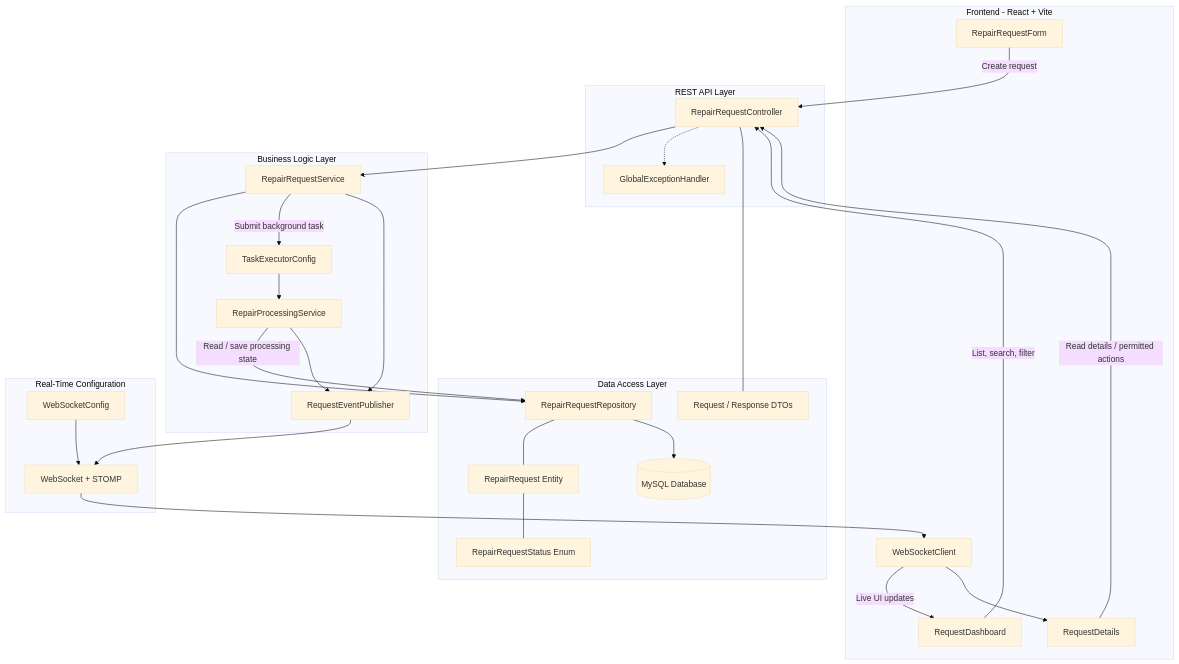
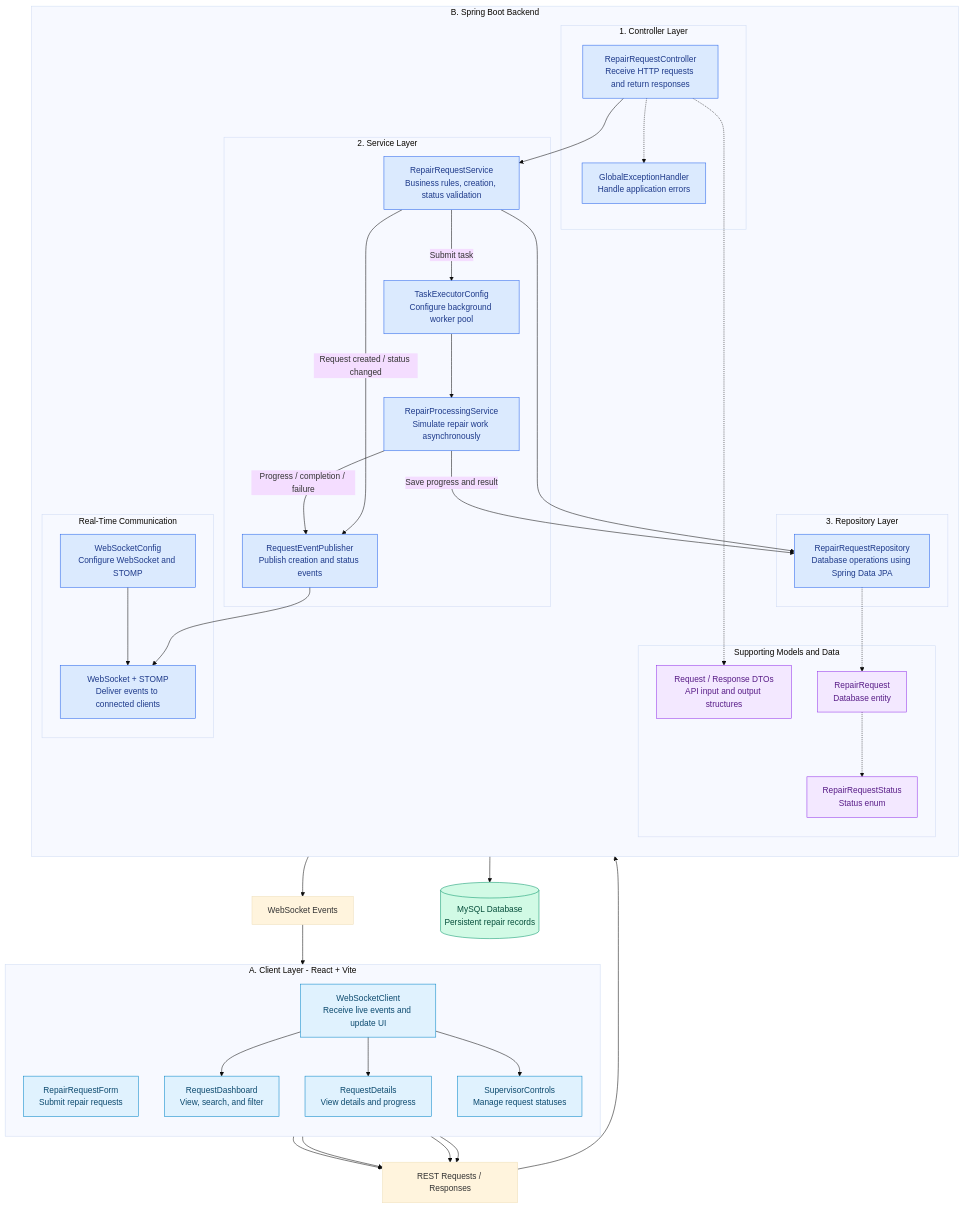
The second of 2 diagrams in docs/architecture.md (khanraisul357/real-time-service-request-management-system__Technohaven-Company-Ltd.), drawn with Mermaid (base theme) before and after one commit.

````diff
--- a/docs/architecture.md
+++ b/docs/architecture.md
@@ -60,59 +60,93 @@
 ```mermaid
+
 flowchart TB
-    subgraph FRONTEND["Frontend - React + Vite"]
-        FORM["RepairRequestForm"]
-        DASH["RequestDashboard"]
-        DETAILS["RequestDetails"]
-        WSCLIENT["WebSocketClient"]
+    %% A. Client Layer
+    subgraph CLIENT["A. Client Layer - React + Vite"]
+        direction TB
+        FORM["RepairRequestForm<br/>Submit repair requests"]
+        DASH["RequestDashboard<br/>View, search, and filter"]
+        DETAILS["RequestDetails<br/>View details and progress"]
+        CONTROLS["SupervisorControls<br/>Manage request statuses"]
+        WSCLIENT["WebSocketClient<br/>Receive live events and update UI"]
     end
 
-    subgraph API_LAYER["REST API Layer"]
-        CTRL["RepairRequestController"]
-        EXCEPTION["GlobalExceptionHandler"]
+    %% Communication
+    REST["REST Requests / Responses"]
+    WSCONN["WebSocket Events"]
+
+    %% B. Spring Boot Backend
+    subgraph BACKEND["B. Spring Boot Backend"]
+        direction TB
+
+        subgraph CONTROLLER_LAYER["1. Controller Layer"]
+            CTRL["RepairRequestController<br/>Receive HTTP requests and return responses"]
+            ERROR["GlobalExceptionHandler<br/>Handle application errors"]
+        end
+
+        subgraph SERVICE_LAYER["2. Service Layer"]
+            SERVICE["RepairRequestService<br/>Business rules, creation, status validation"]
+            PROCESSOR["RepairProcessingService<br/>Simulate repair work asynchronously"]
+            EXECUTOR["TaskExecutorConfig<br/>Configure background worker pool"]
+            PUBLISHER["RequestEventPublisher<br/>Publish creation and status events"]
+        end
+
+        subgraph REPOSITORY_LAYER["3. Repository Layer"]
+            REPO["RepairRequestRepository<br/>Database operations using Spring Data JPA"]
+        end
+
+        subgraph SUPPORT["Supporting Models and Data"]
+            ENTITY["RepairRequest<br/>Database entity"]
+            STATUS["RepairRequestStatus<br/>Status enum"]
+            DTO["Request / Response DTOs<br/>API input and output structures"]
+        end
+
+        subgraph REALTIME["Real-Time Communication"]
+            WSCONFIG["WebSocketConfig<br/>Configure WebSocket and STOMP"]
+            STOMP["WebSocket + STOMP<br/>Deliver events to connected clients"]
+        end
     end
 
-    subgraph BUSINESS_LAYER["Business Logic Layer"]
-        SERVICE["RepairRequestService"]
-        PROCESSOR["RepairProcessingService"]
-        EXECUTOR["TaskExecutorConfig"]
-        PUBLISHER["RequestEventPublisher"]
-    end
+    %% Database
+    DB[("MySQL Database<br/>Persistent repair records")]
 
-    subgraph DATA_LAYER["Data Access Layer"]
-        REPO["RepairRequestRepository"]
-        ENTITY["RepairRequest Entity"]
-        STATUS["RepairRequestStatus Enum"]
-        DTO["Request / Response DTOs"]
-        DB[("MySQL Database")]
-    end
+    %% REST flow
+    FORM --> REST
+    DASH --> REST
+    DETAILS --> REST
+    CONTROLS --> REST
+    REST --> CTRL
+    CTRL --> SERVICE
+    CTRL -.-> ERROR
+    CTRL -.-> DTO
+    SERVICE --> REPO
+    REPO --> DB
+    REPO -.-> ENTITY
+    ENTITY -.-> STATUS
 
-    subgraph REALTIME["Real-Time Configuration"]
-        WSCONFIG["WebSocketConfig"]
-        STOMP["WebSocket + STOMP"]
-    end
+    %% Background processing
+    SERVICE -->|"Submit task"| EXECUTOR
+    EXECUTOR --> PROCESSOR
+    PROCESSOR -->|"Save progress and result"| REPO
 
-    FORM -->|"Create request"| CTRL
-    DASH -->|"List, search, filter"| CTRL
-    DETAILS -->|"Read details / permitted actions"| CTRL
-
-    CTRL --> SERVICE
-    CTRL -.-> EXCEPTION
-    SERVICE --> REPO
-    SERVICE -->|"Submit background task"| EXECUTOR
-    EXECUTOR --> PROCESSOR
-    PROCESSOR -->|"Read / save processing state"| REPO
-
-    REPO --- ENTITY
-    ENTITY --- STATUS
-    CTRL --- DTO
-
-    REPO --> DB
-
-    SERVICE --> PUBLISHER
-    PROCESSOR --> PUBLISHER
+    %% Real-time events
+    SERVICE -->|"Request created / status changed"| PUBLISHER
+    PROCESSOR -->|"Progress / completion / failure"| PUBLISHER
     PUBLISHER --> STOMP
     WSCONFIG --> STOMP
-    STOMP --> WSCLIENT
-    WSCLIENT -->|"Live UI updates"| DASH
+    STOMP --> WSCONN
+    WSCONN --> WSCLIENT
+    WSCLIENT --> DASH
     WSCLIENT --> DETAILS
+    WSCLIENT --> CONTROLS
+
+    %% Styling
+    classDef frontend fill:#E0F2FE,stroke:#0284C7,color:#0C4A6E
+    classDef backend fill:#DBEAFE,stroke:#2563EB,color:#1E3A8A
+    classDef support fill:#F3E8FF,stroke:#9333EA,color:#581C87
+    classDef database fill:#D1FAE5,stroke:#059669,color:#064E3B
+
+    class FORM,DASH,DETAILS,CONTROLS,WSCLIENT frontend
+    class CTRL,SERVICE,REPO,PROCESSOR,EXECUTOR,PUBLISHER,ERROR,WSCONFIG,STOMP backend
+    class ENTITY,STATUS,DTO support
+    class DB database
 ```
````
